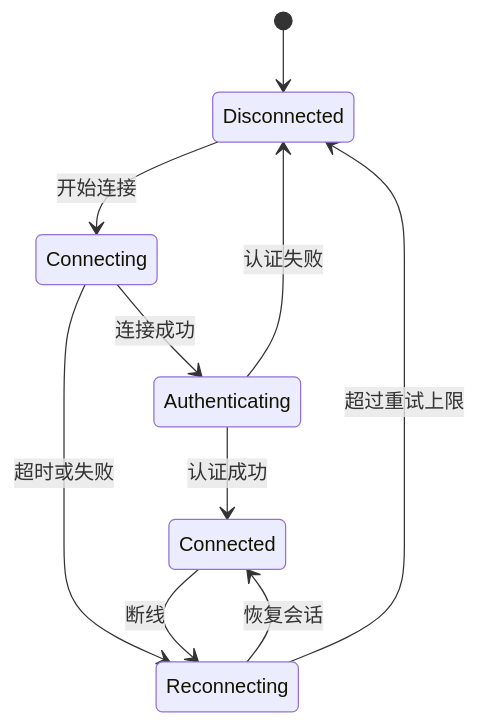
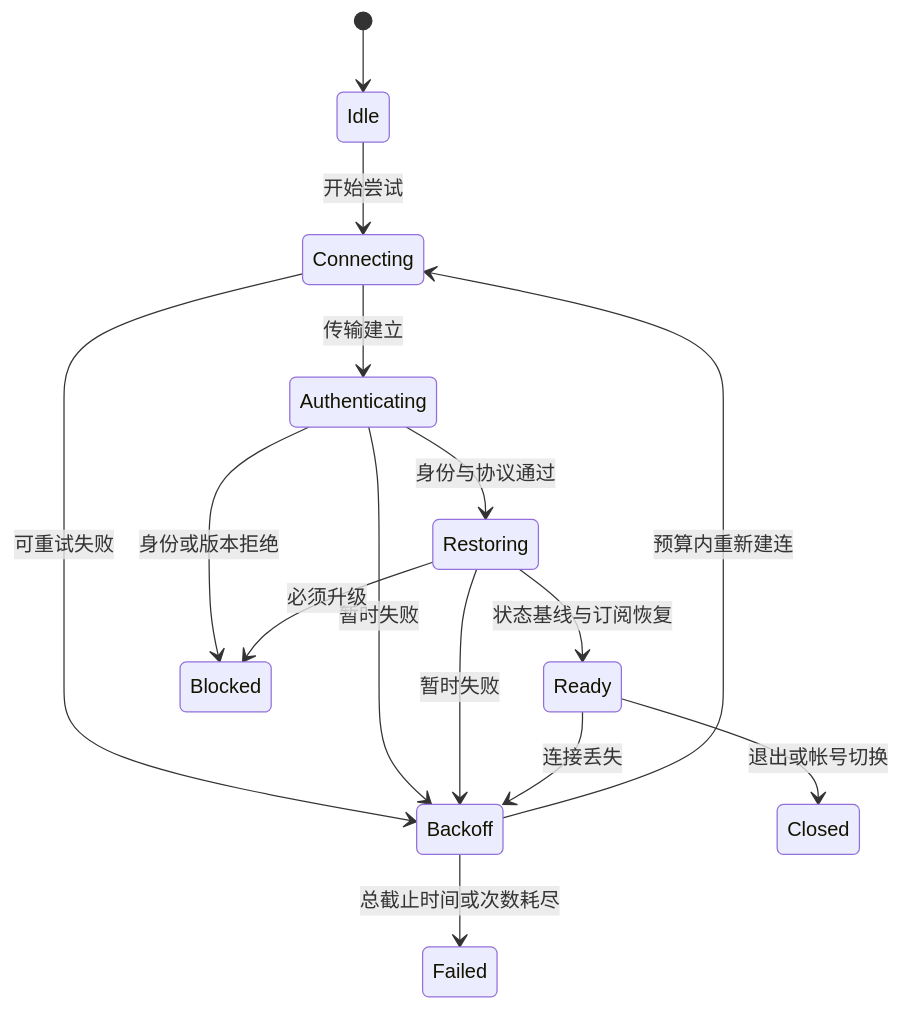
Before and after one commit to gonglei007/GameDevMind: the second of 2 diagrams in mds/3.研发能力/3.1.4.客户端网络系统.md, drawn with Mermaid. The commit also changed other lines of this file and 16 other files, not shown here.

````diff
--- a/mds/3.研发能力/3.1.4.客户端网络系统.md
+++ b/mds/3.研发能力/3.1.4.客户端网络系统.md
@@ -164,12 +114,17 @@
 ```mermaid
 stateDiagram-v2
-    [*] --> Disconnected
-    Disconnected --> Connecting: 开始连接
-    Connecting --> Authenticating: 连接成功
-    Connecting --> Reconnecting: 超时或失败
-    Authenticating --> Connected: 认证成功
-    Authenticating --> Disconnected: 认证失败
-    Connected --> Reconnecting: 断线
-    Reconnecting --> Connected: 恢复会话
-    Reconnecting --> Disconnected: 超过重试上限
+    [*] --> Idle
+    Idle --> Connecting: 开始尝试
+    Connecting --> Authenticating: 传输建立
+    Authenticating --> Restoring: 身份与协议通过
+    Restoring --> Ready: 状态基线与订阅恢复
+    Connecting --> Backoff: 可重试失败
+    Authenticating --> Backoff: 暂时失败
+    Restoring --> Backoff: 暂时失败
+    Ready --> Backoff: 连接丢失
+    Backoff --> Connecting: 预算内重新建连
+    Backoff --> Failed: 总截止时间或次数耗尽
+    Authenticating --> Blocked: 身份或版本拒绝
+    Restoring --> Blocked: 必须升级
+    Ready --> Closed: 退出或帐号切换
 ```
````
